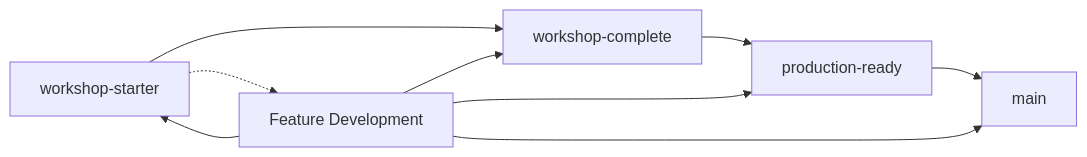
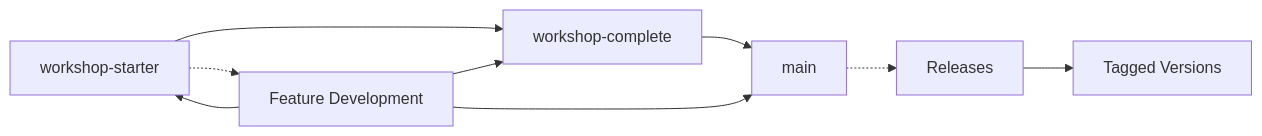
One commit to mikij/workshop changed the diagram in docs/BRANCH_GUIDE.md. Above: the diagram before and after it, drawn with Mermaid. The commit also changed other lines of this file, not shown here.

````diff
--- a/docs/BRANCH_GUIDE.md
+++ b/docs/BRANCH_GUIDE.md
@@ -234,12 +229,13 @@
 ```mermaid
 graph LR
     A[workshop-starter] --> B[workshop-complete]
-    B --> C[production-ready]
-    C --> D[main]
+    B --> C[main]
     
-    A -.-> E[Feature Development]
-    E --> A
-    E --> B
-    E --> C
-    E --> D
+    A -.-> D[Feature Development]
+    D --> A
+    D --> B
+    D --> C
+    
+    C -.-> E[Releases]
+    E --> F[Tagged Versions]
 ```
````
